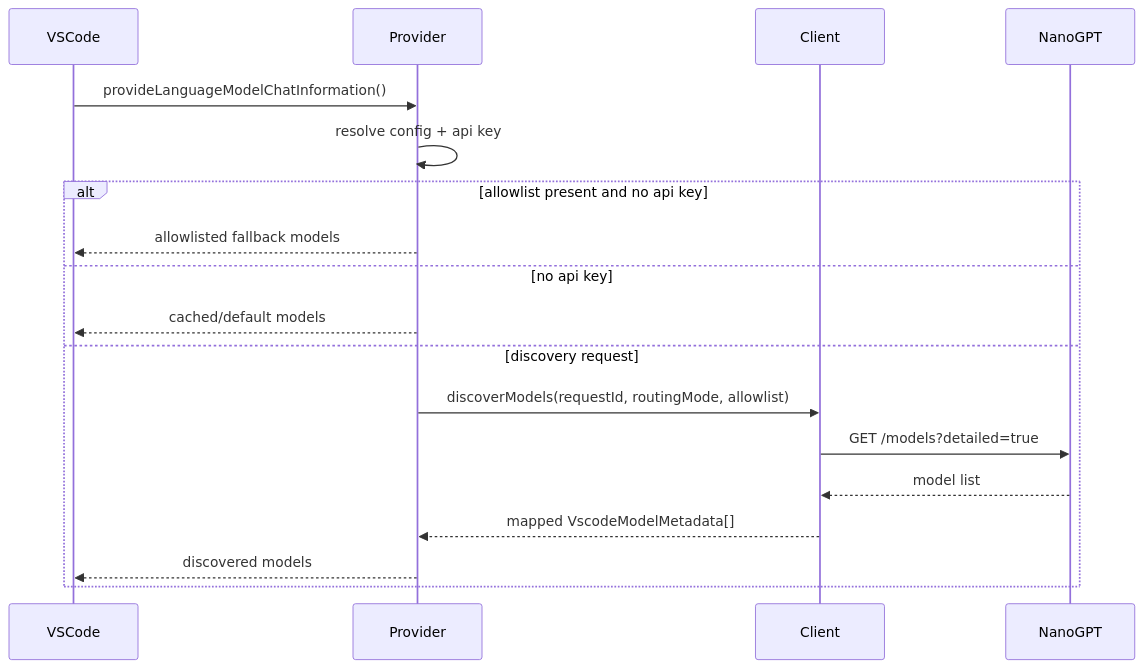
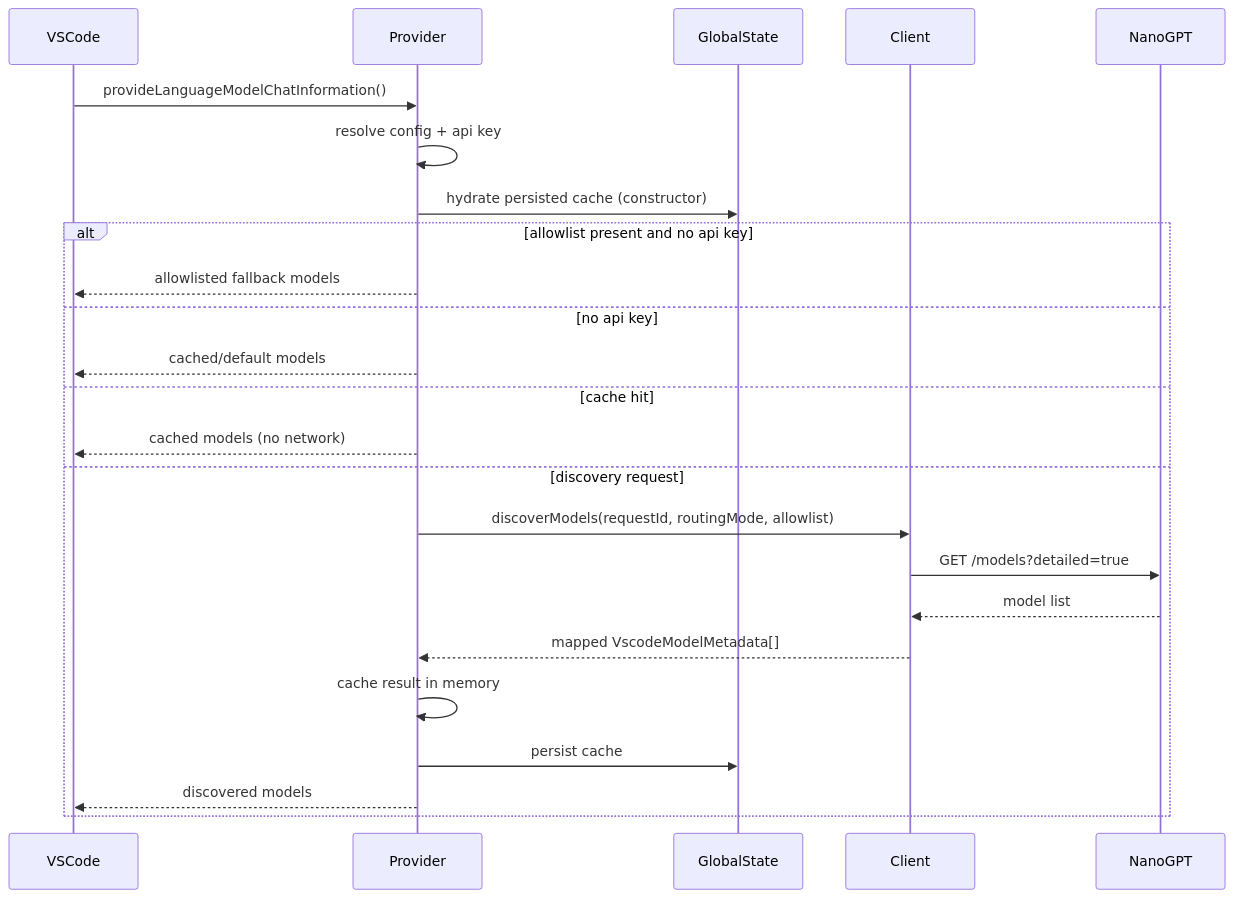
Before and after one commit to deadronos/nanogpt-provider-vscode-extension: the second of 3 diagrams in docs/architecture/runtime-flows.md, drawn with Mermaid. The commit also changed other lines of this file and 6 other files, not shown here.

````diff
--- a/docs/architecture/runtime-flows.md
+++ b/docs/architecture/runtime-flows.md
@@ -70,21 +72,27 @@
 ```mermaid
 sequenceDiagram
     participant VSCode
     participant Provider
+    participant GlobalState
     participant Client
     participant NanoGPT
 
     VSCode->>Provider: provideLanguageModelChatInformation()
     Provider->>Provider: resolve config + api key
+    Provider->>GlobalState: hydrate persisted cache (constructor)
     alt allowlist present and no api key
         Provider-->>VSCode: allowlisted fallback models
     else no api key
         Provider-->>VSCode: cached/default models
+    else cache hit
+        Provider-->>VSCode: cached models (no network)
     else discovery request
         Provider->>Client: discoverModels(requestId, routingMode, allowlist)
         Client->>NanoGPT: GET /models?detailed=true
         NanoGPT-->>Client: model list
         Client-->>Provider: mapped VscodeModelMetadata[]
+        Provider->>Provider: cache result in memory
+        Provider->>GlobalState: persist cache
         Provider-->>VSCode: discovered models
     end
 ```
````
